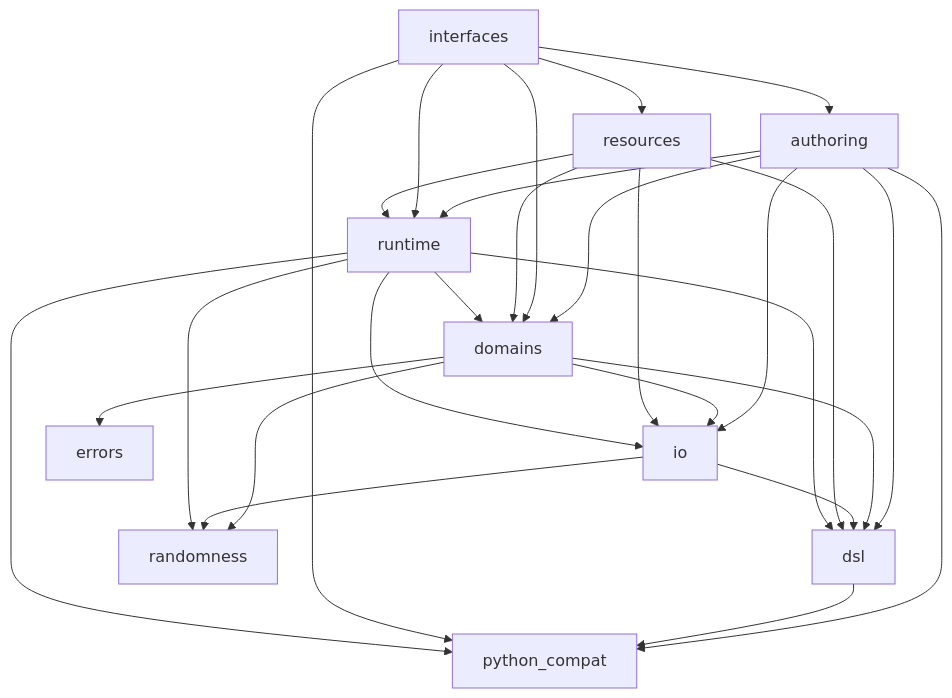
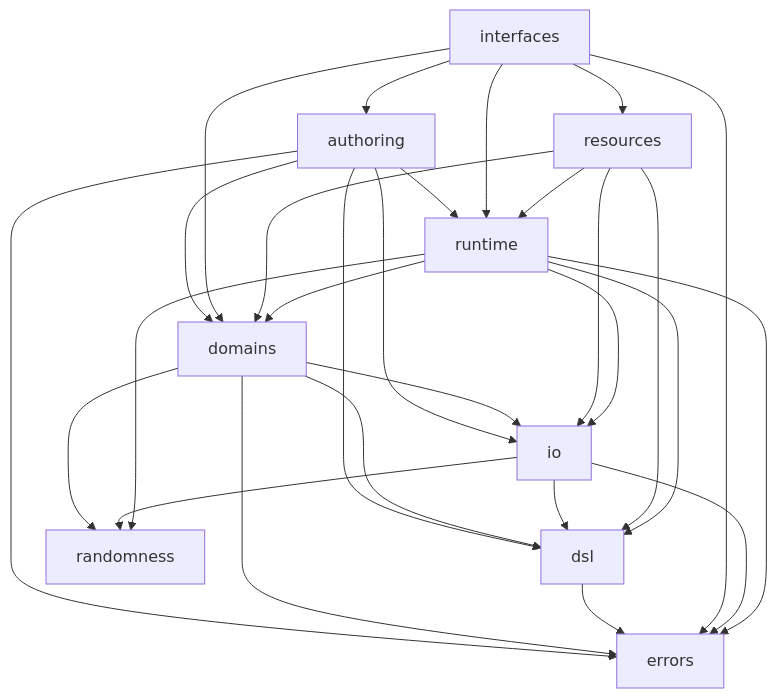
One commit to rapiddweller/datamimic changed the first of 2 diagrams in docs/architecture/refactoring-study/experiment-2/target-architecture.md. Above: the diagram before and after it, drawn with Mermaid. The commit also changed other lines of this file and 295 other files, not shown here.

Commit message:
Adopt authoring Build and portable errors

````diff
--- a/docs/architecture/refactoring-study/experiment-2/target-architecture.md
+++ b/docs/architecture/refactoring-study/experiment-2/target-architecture.md
@@ -64,29 +64,30 @@
 ```mermaid
 graph TD
     authoring --> domains
     authoring --> dsl
+    authoring --> errors
     authoring --> io
-    authoring --> python_compat
     authoring --> runtime
     domains --> dsl
     domains --> errors
     domains --> io
     domains --> randomness
-    dsl --> python_compat
+    dsl --> errors
     interfaces --> authoring
     interfaces --> domains
-    interfaces --> python_compat
+    interfaces --> errors
     interfaces --> resources
     interfaces --> runtime
     io --> dsl
+    io --> errors
     io --> randomness
     resources --> domains
     resources --> dsl
     resources --> io
     resources --> runtime
     runtime --> domains
     runtime --> dsl
+    runtime --> errors
     runtime --> io
     runtime --> randomness
-    runtime --> python_compat
 ```
````
